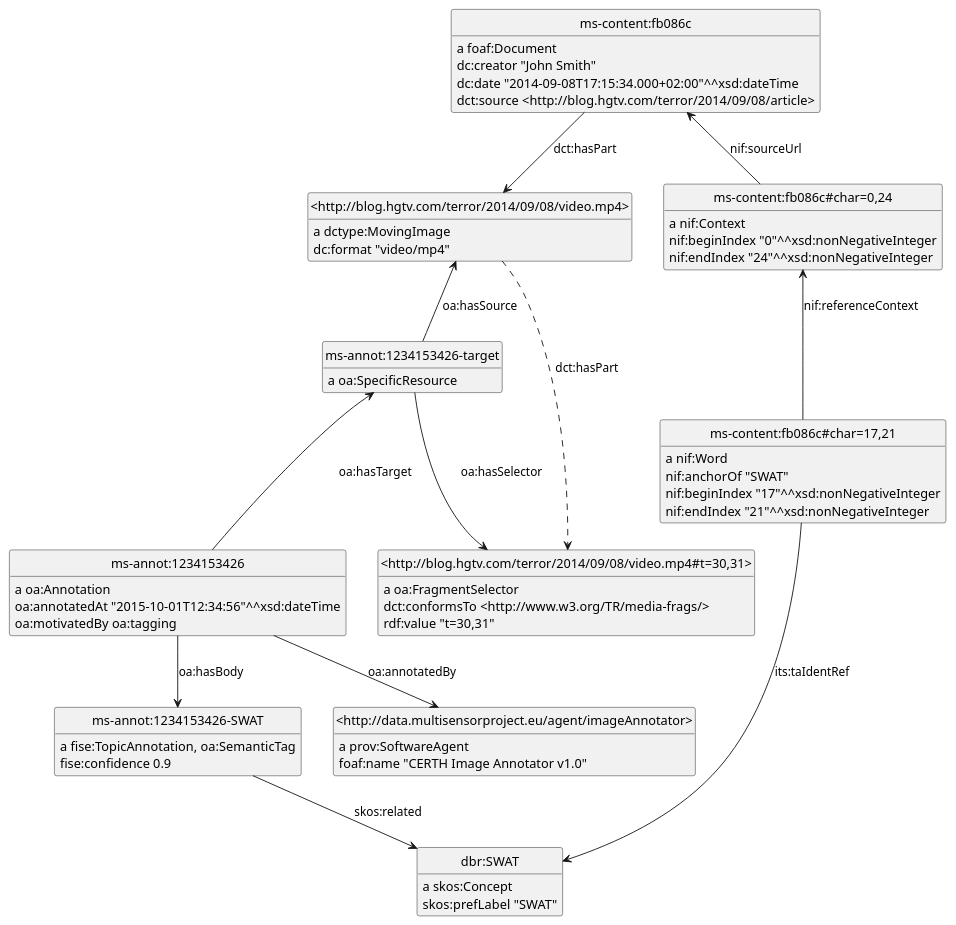
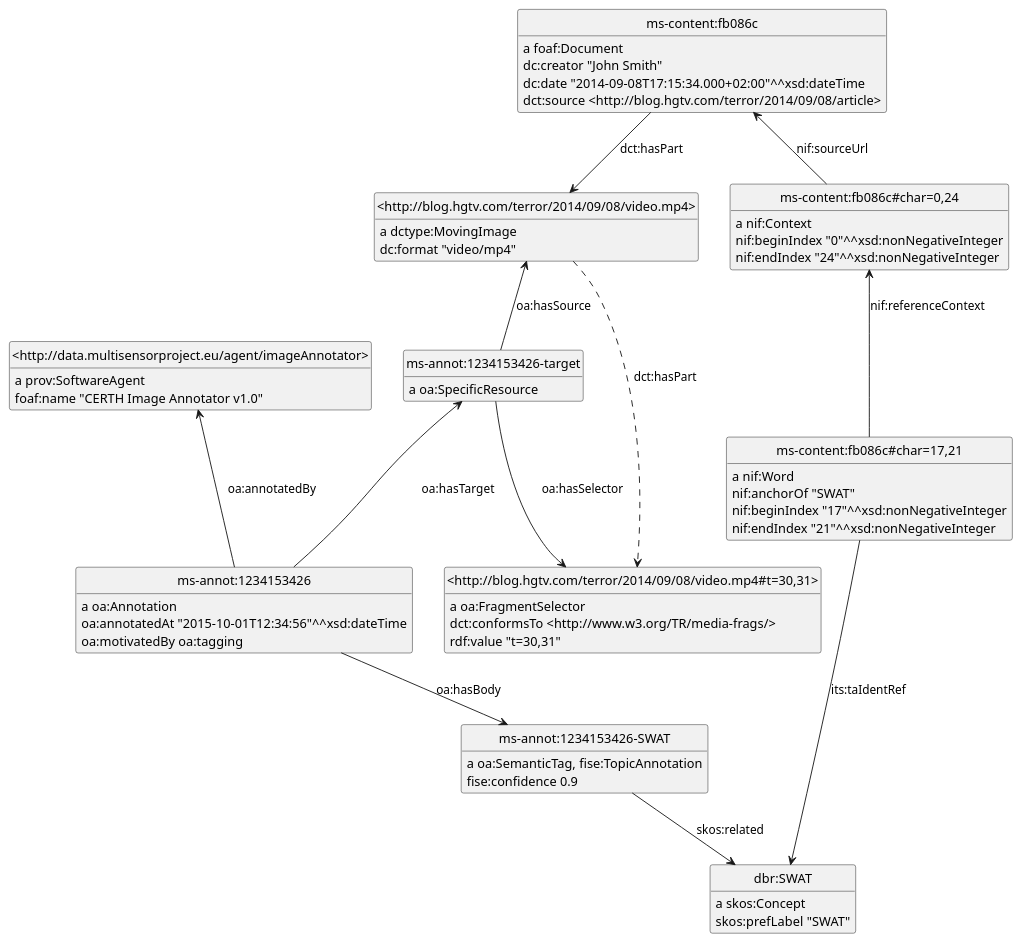
The diagram in Multisensor/img/SIMMO-annot-frame.puml (gerardbdn/VladimirAlexiev.github.io), drawn with PlantUML before and after one commit. The commit also changed 5 other files, not shown here.

```diff
--- a/Multisensor/img/SIMMO-annot-frame.puml
+++ b/Multisensor/img/SIMMO-annot-frame.puml
@@ -1,53 +1,53 @@
 @startuml
 hide empty methods
 hide empty attributes
 hide circle
 skinparam classAttributeIconSize 0
-class ms_annot_1234153426 as "ms-annot:1234153426"
-ms_annot_1234153426 : a oa:Annotation
-class ms_annot_1234153426_target as "ms-annot:1234153426-target"
-ms_annot_1234153426 -up-> ms_annot_1234153426_target : oa:hasTarget
-class ms_annot_1234153426_SWAT as "ms-annot:1234153426-SWAT"
-ms_annot_1234153426 --> ms_annot_1234153426_SWAT : oa:hasBody
-class _http___data_multisensorproject_eu_agent_imageAnnotator_ as "<http://data.multisensorproject.eu/agent/imageAnnotator>"
-ms_annot_1234153426 --> _http___data_multisensorproject_eu_agent_imageAnnotator_ : oa:annotatedBy
-ms_annot_1234153426 : oa:annotatedAt "2015-10-01T12:34:56"^^xsd:dateTime
-ms_annot_1234153426 : oa:motivatedBy oa:tagging
-class _http___blog_hgtv_com_terror_2014_09_08_video_mp4_t_30_31_ as "<http://blog.hgtv.com/terror/2014/09/08/video.mp4#t=30,31>"
-_http___blog_hgtv_com_terror_2014_09_08_video_mp4_t_30_31_ : a oa:FragmentSelector
-_http___blog_hgtv_com_terror_2014_09_08_video_mp4_t_30_31_ : dct:conformsTo <http://www.w3.org/TR/media-frags/>
-_http___blog_hgtv_com_terror_2014_09_08_video_mp4_t_30_31_ : rdf:value "t=30,31"
 class ms_content_fb086c_char_0_24 as "ms-content:fb086c#char=0,24"
 ms_content_fb086c_char_0_24 : a nif:Context
 class ms_content_fb086c as "ms-content:fb086c"
 ms_content_fb086c_char_0_24 -up-> ms_content_fb086c : nif:sourceUrl
 ms_content_fb086c_char_0_24 : nif:beginIndex "0"^^xsd:nonNegativeInteger
 ms_content_fb086c_char_0_24 : nif:endIndex "24"^^xsd:nonNegativeInteger
+class _http___blog_hgtv_com_terror_2014_09_08_video_mp4_ as "<http://blog.hgtv.com/terror/2014/09/08/video.mp4>"
+_http___blog_hgtv_com_terror_2014_09_08_video_mp4_ : a dctype:MovingImage
+class _http___blog_hgtv_com_terror_2014_09_08_video_mp4_t_30_31_ as "<http://blog.hgtv.com/terror/2014/09/08/video.mp4#t=30,31>"
+_http___blog_hgtv_com_terror_2014_09_08_video_mp4_ ..> _http___blog_hgtv_com_terror_2014_09_08_video_mp4_t_30_31_ : dct:hasPart
+_http___blog_hgtv_com_terror_2014_09_08_video_mp4_ : dc:format "video/mp4"
+_http___blog_hgtv_com_terror_2014_09_08_video_mp4_t_30_31_ : a oa:FragmentSelector
+_http___blog_hgtv_com_terror_2014_09_08_video_mp4_t_30_31_ : dct:conformsTo <http://www.w3.org/TR/media-frags/>
+_http___blog_hgtv_com_terror_2014_09_08_video_mp4_t_30_31_ : rdf:value "t=30,31"
+class _http___data_multisensorproject_eu_agent_imageAnnotator_ as "<http://data.multisensorproject.eu/agent/imageAnnotator>"
+_http___data_multisensorproject_eu_agent_imageAnnotator_ : a prov:SoftwareAgent
+_http___data_multisensorproject_eu_agent_imageAnnotator_ : foaf:name "CERTH Image Annotator v1.0"
+class dbr_SWAT as "dbr:SWAT"
+dbr_SWAT : a skos:Concept
+dbr_SWAT : skos:prefLabel "SWAT"
 class ms_content_fb086c_char_17_21 as "ms-content:fb086c#char=17,21"
 ms_content_fb086c_char_17_21 : a nif:Word
-class dbr_SWAT as "dbr:SWAT"
+ms_content_fb086c_char_17_21 -up-> ms_content_fb086c_char_0_24 : nif:referenceContext
 ms_content_fb086c_char_17_21 --> dbr_SWAT : its:taIdentRef
-ms_content_fb086c_char_17_21 -up-> ms_content_fb086c_char_0_24 : nif:referenceContext
 ms_content_fb086c_char_17_21 : nif:anchorOf "SWAT"
 ms_content_fb086c_char_17_21 : nif:beginIndex "17"^^xsd:nonNegativeInteger
 ms_content_fb086c_char_17_21 : nif:endIndex "21"^^xsd:nonNegativeInteger
-_http___data_multisensorproject_eu_agent_imageAnnotator_ : a prov:SoftwareAgent
-_http___data_multisensorproject_eu_agent_imageAnnotator_ : foaf:name "CERTH Image Annotator v1.0"
-dbr_SWAT : a skos:Concept
-dbr_SWAT : skos:prefLabel "SWAT"
+class ms_annot_1234153426_target as "ms-annot:1234153426-target"
 ms_annot_1234153426_target : a oa:SpecificResource
-class _http___blog_hgtv_com_terror_2014_09_08_video_mp4_ as "<http://blog.hgtv.com/terror/2014/09/08/video.mp4>"
 ms_annot_1234153426_target -up-> _http___blog_hgtv_com_terror_2014_09_08_video_mp4_ : oa:hasSource
 ms_annot_1234153426_target --> _http___blog_hgtv_com_terror_2014_09_08_video_mp4_t_30_31_ : oa:hasSelector
-_http___blog_hgtv_com_terror_2014_09_08_video_mp4_ : a dctype:MovingImage
-_http___blog_hgtv_com_terror_2014_09_08_video_mp4_ ..> _http___blog_hgtv_com_terror_2014_09_08_video_mp4_t_30_31_ : dct:hasPart
-_http___blog_hgtv_com_terror_2014_09_08_video_mp4_ : dc:format "video/mp4"
-ms_annot_1234153426_SWAT : a fise:TopicAnnotation, oa:SemanticTag
+class ms_annot_1234153426_SWAT as "ms-annot:1234153426-SWAT"
+ms_annot_1234153426_SWAT : a oa:SemanticTag, fise:TopicAnnotation
 ms_annot_1234153426_SWAT --> dbr_SWAT : skos:related
 ms_annot_1234153426_SWAT : fise:confidence 0.9
 ms_content_fb086c : a foaf:Document
 ms_content_fb086c --> _http___blog_hgtv_com_terror_2014_09_08_video_mp4_ : dct:hasPart
 ms_content_fb086c : dc:creator "John Smith"
 ms_content_fb086c : dc:date "2014-09-08T17:15:34.000+02:00"^^xsd:dateTime
 ms_content_fb086c : dct:source <http://blog.hgtv.com/terror/2014/09/08/article>
+class ms_annot_1234153426 as "ms-annot:1234153426"
+ms_annot_1234153426 : a oa:Annotation
+ms_annot_1234153426 --> ms_annot_1234153426_SWAT : oa:hasBody
+ms_annot_1234153426 -up-> ms_annot_1234153426_target : oa:hasTarget
+ms_annot_1234153426 -up-> _http___data_multisensorproject_eu_agent_imageAnnotator_ : oa:annotatedBy
+ms_annot_1234153426 : oa:annotatedAt "2015-10-01T12:34:56"^^xsd:dateTime
+ms_annot_1234153426 : oa:motivatedBy oa:tagging
 @enduml
```
